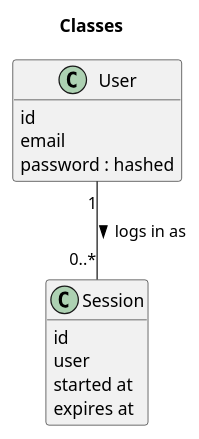
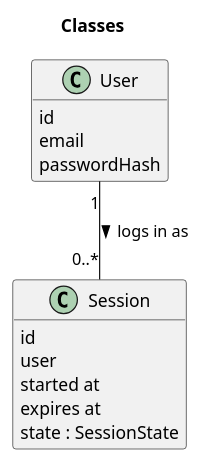
The diagram in uml/src/classes.puml (blueshed/dzql), drawn with PlantUML before and after one commit. The commit also changed 5 other files, not shown here.

Commit message:
uml: types.ts holds every name the diagrams use (classes, Api, states, events, actors); each diagram is checked against it and its drift shown live

```diff
--- a/uml/src/classes.puml
+++ b/uml/src/classes.puml
@@ -1,19 +1,20 @@
 @startuml
 title Classes
 hide empty methods
 
 class User {
   id
   email
-  password : hashed
+  passwordHash
 }
 
 class Session {
   id
   user
   started at
   expires at
+  state : SessionState
 }
 
 User "1" -- "0..*" Session : logs in as >
 @enduml
```
